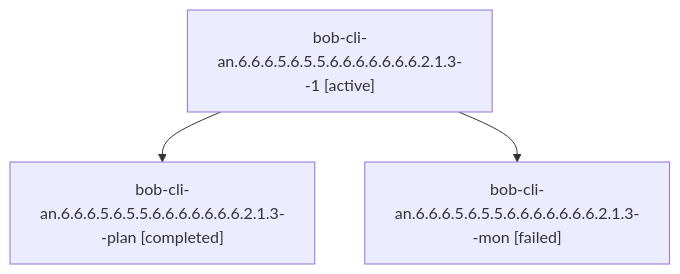
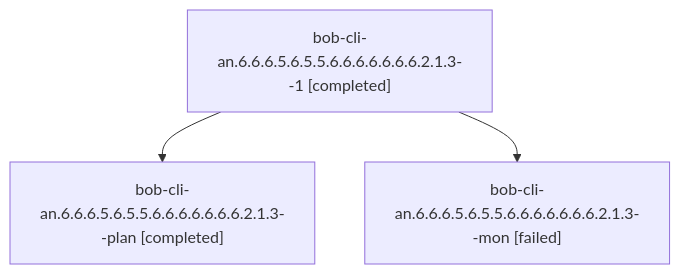
The diagram in sessions/bbugyi200.athena.bob-cli-an.6.6.6.5.6.5.5.6.6.6.6.6.6.6.2.1.3.md (bobs-org/bob-cli--agents), drawn with Mermaid before and after one commit. The commit also changed other lines of this file and 237 other files, not shown here.

````diff
--- a/sessions/bbugyi200.athena.bob-cli-an.6.6.6.5.6.5.5.6.6.6.6.6.6.6.2.1.3.md
+++ b/sessions/bbugyi200.athena.bob-cli-an.6.6.6.5.6.5.5.6.6.6.6.6.6.6.2.1.3.md
@@ -9,8 +9,8 @@
 ```mermaid
 flowchart TD
-  n0["bob-cli-an.6.6.6.5.6.5.5.6.6.6.6.6.6.6.2.1.3--1 [active]"]
+  n0["bob-cli-an.6.6.6.5.6.5.5.6.6.6.6.6.6.6.2.1.3--1 [completed]"]
   n1["bob-cli-an.6.6.6.5.6.5.5.6.6.6.6.6.6.6.2.1.3--plan [completed]"]
   n0 --> n1
   n2["bob-cli-an.6.6.6.5.6.5.5.6.6.6.6.6.6.6.2.1.3--mon [failed]"]
   n0 --> n2
 ```
````
